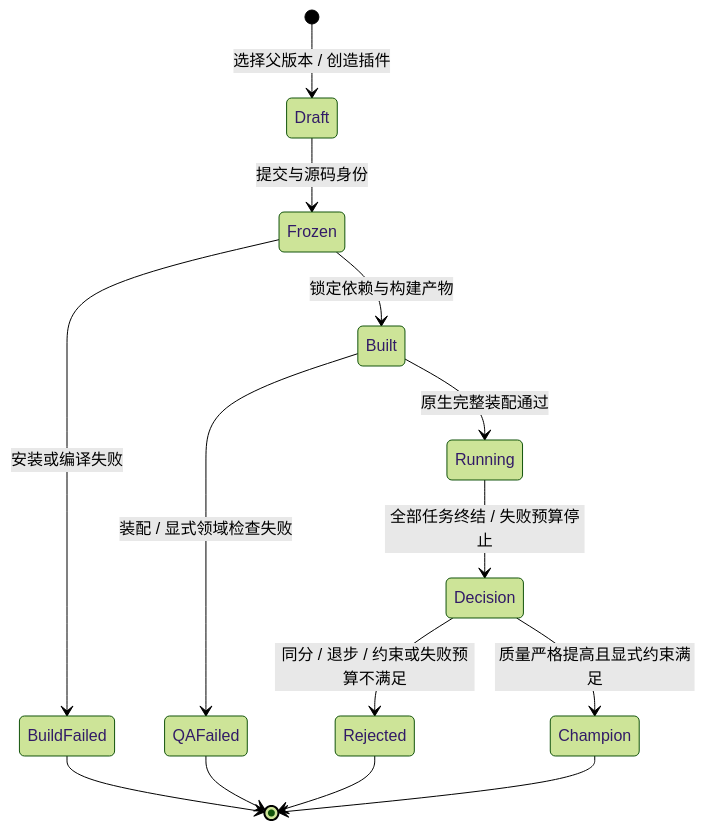
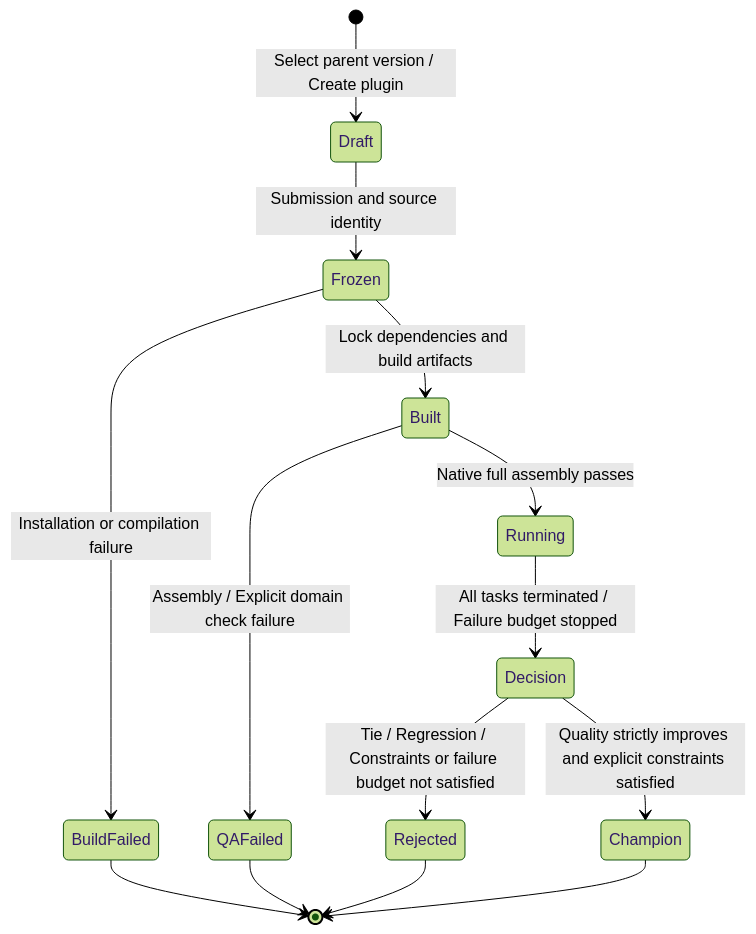
Before and after one commit to OLDyade/SparkVolve: the third of 4 diagrams in docs/components.md, drawn with Mermaid (forest theme). The commit also changed other lines of this file and 92 other files, not shown here.

````diff
--- a/docs/components.md
+++ b/docs/components.md
@@ -71,16 +71,16 @@
 ```mermaid
 stateDiagram-v2
-  [*] --> Draft: 选择父版本 / 创造插件
-  Draft --> Frozen: 提交与源码身份
-  Frozen --> BuildFailed: 安装或编译失败
-  Frozen --> Built: 锁定依赖与构建产物
-  Built --> QAFailed: 装配 / 显式领域检查失败
-  Built --> Running: 原生完整装配通过
-  Running --> Decision: 全部任务终结 / 失败预算停止
-  Decision --> Champion: 质量严格提高且显式约束满足
-  Decision --> Rejected: 同分 / 退步 / 约束或失败预算不满足
+  [*] --> Draft: Select parent version / Create plugin
+  Draft --> Frozen: Submission and source identity
+  Frozen --> BuildFailed: Installation or compilation failure
+  Frozen --> Built: Lock dependencies and build artifacts
+  Built --> QAFailed: Assembly / Explicit domain check failure
+  Built --> Running: Native full assembly passes
+  Running --> Decision: All tasks terminated / Failure budget stopped
+  Decision --> Champion: Quality strictly improves and explicit constraints satisfied
+  Decision --> Rejected: Tie / Regression / Constraints or failure budget not satisfied
   BuildFailed --> [*]
   QAFailed --> [*]
   Rejected --> [*]
   Champion --> [*]
 ```
````
